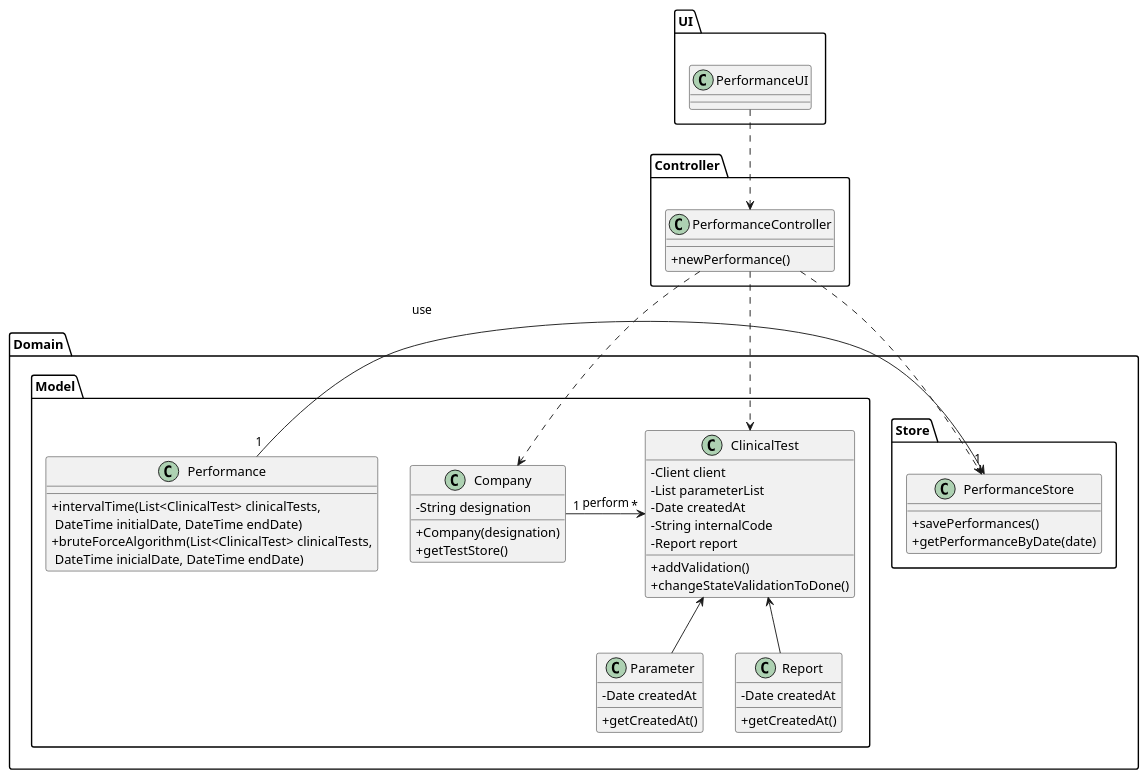
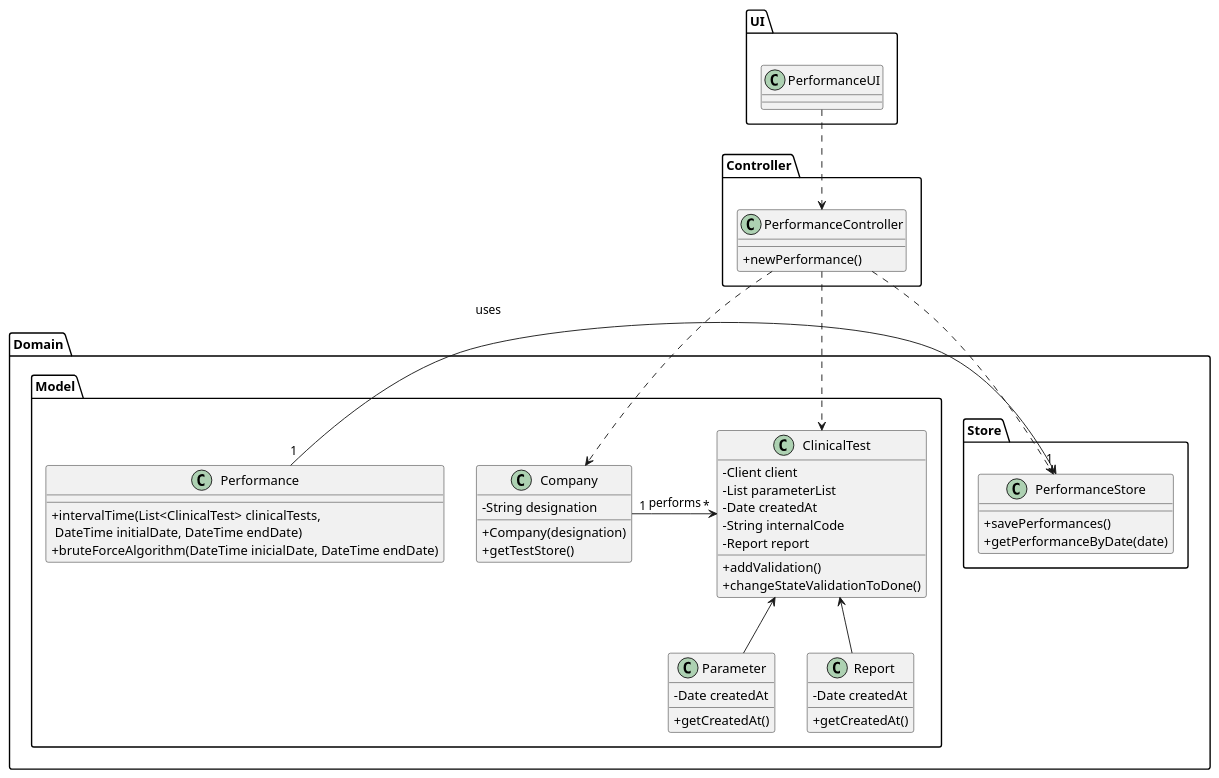
One commit to GuilhermeCunha79/lapr2 changed the diagram in docs/SprintD/US16/US16_CD.puml. Above: the diagram before and after it, drawn with PlantUML. The commit also changed 6 other files, not shown here.

```diff
--- a/docs/SprintD/US16/US16_CD.puml
+++ b/docs/SprintD/US16/US16_CD.puml
@@ -1,67 +1,67 @@
 @startuml
 skinparam classAttributeIconSize 0
 
 package UI {
 class PerformanceUI{
 }
 }
 package Controller {
 class PerformanceController {
   + newPerformance()
 }
 }
 
 package Domain {
 package Model {
 class ClinicalTest {
   - Client client
   - List parameterList
   - Date createdAt
   - String internalCode
   - Report report
   + addValidation()
   +changeStateValidationToDone()
 }
 
 class Company {
   - String designation
   + Company(designation)
   + getTestStore()
 }
 
 class Performance {
   +intervalTime(List<ClinicalTest> clinicalTests,\n DateTime initialDate, DateTime endDate)
-  +bruteForceAlgorithm(List<ClinicalTest> clinicalTests,\n DateTime inicialDate, DateTime endDate)
+  +bruteForceAlgorithm(DateTime inicialDate, DateTime endDate)
 }
 
 class Parameter{
 - Date createdAt
   + getCreatedAt()
 }
 class Report {
   - Date createdAt
   + getCreatedAt()
 }
 
 }
 package Store {
 class PerformanceStore {
     + savePerformances()
     + getPerformanceByDate(date)
 }
 }
 
 }
 
 PerformanceUI ..> PerformanceController
 
 PerformanceController ..> PerformanceStore
 PerformanceController ..> Company
 PerformanceController ..> ClinicalTest
-Company "1" -> "*"ClinicalTest :perform
-Performance "1" -> "1" PerformanceStore : use
+Company "1" -> "*"ClinicalTest : performs
+Performance "1" -> "1" PerformanceStore : uses
 
 ClinicalTest <-- Report
 ClinicalTest <-- Parameter
 
 @enduml
```
